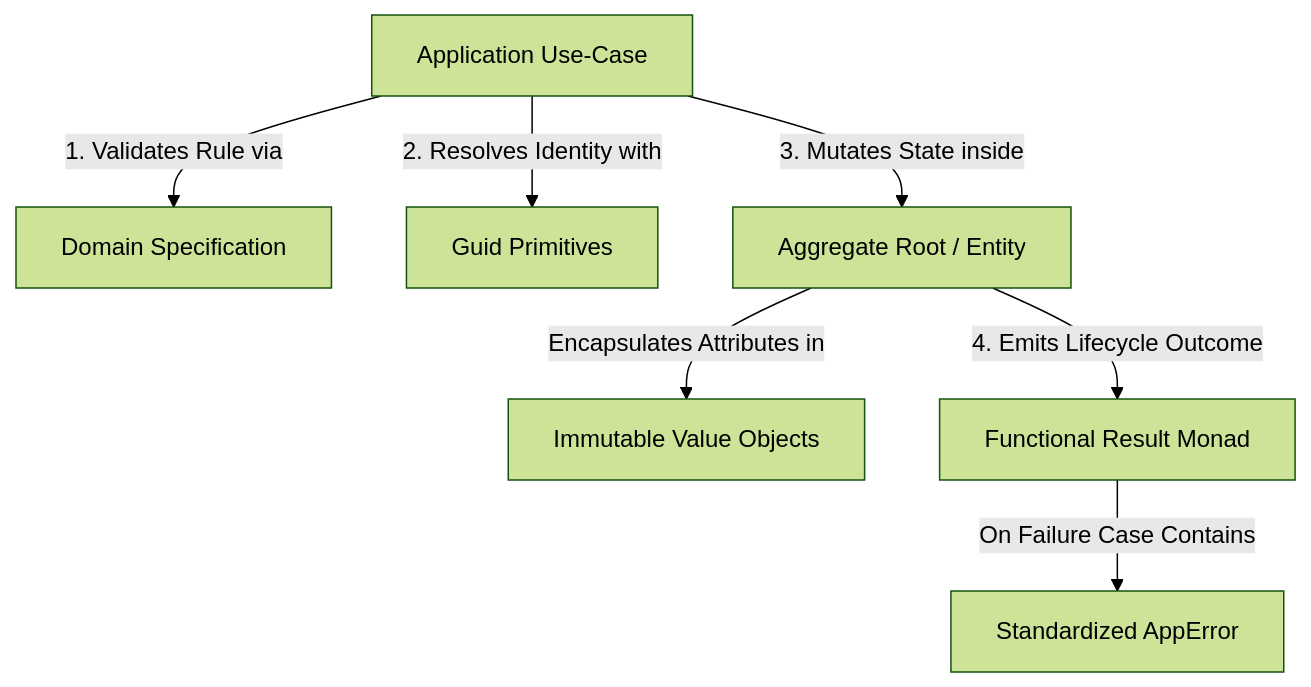
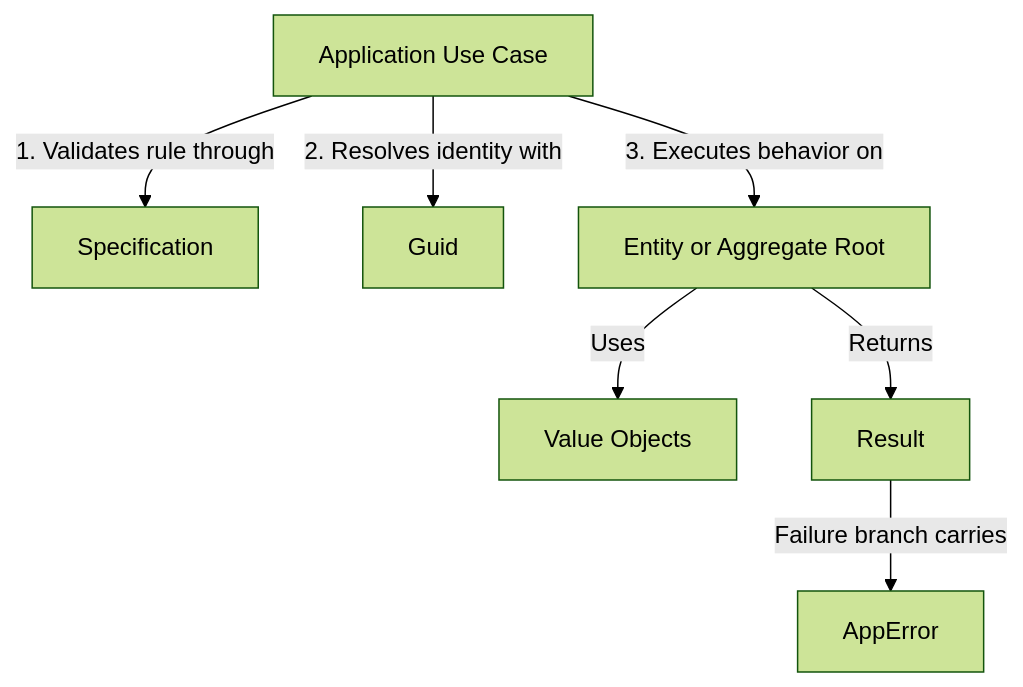
One commit to xeno-js/xeno-js changed the diagram in documentation/domain-driven-design/README.md. Above: the diagram before and after it, drawn with Mermaid (forest theme). The commit also changed other lines of this file and 66 other files, not shown here.

````diff
--- a/documentation/domain-driven-design/README.md
+++ b/documentation/domain-driven-design/README.md
@@ -77,10 +90,10 @@
 ```mermaid
 graph TD
-    A[Application Use-Case] -->|1. Validates Rule via| B[Domain Specification]
-    A -->|2. Resolves Identity with| C[Guid Primitives]
-    A -->|3. Mutates State inside| D[Aggregate Root / Entity]
-    D -->|Encapsulates Attributes in| E[Immutable Value Objects]
-    D -->|4. Emits Lifecycle Outcome| F[Functional Result Monad]
-    F -->|On Failure Case Contains| G[Standardized AppError]
+  A[Application Use Case] -->|1. Validates rule through| B[Specification]
+  A -->|2. Resolves identity with| C[Guid]
+  A -->|3. Executes behavior on| D[Entity or Aggregate Root]
+  D -->|Uses| E[Value Objects]
+  D -->|Returns| F[Result]
+  F -->|Failure branch carries| G[AppError]
 
 ```
````
